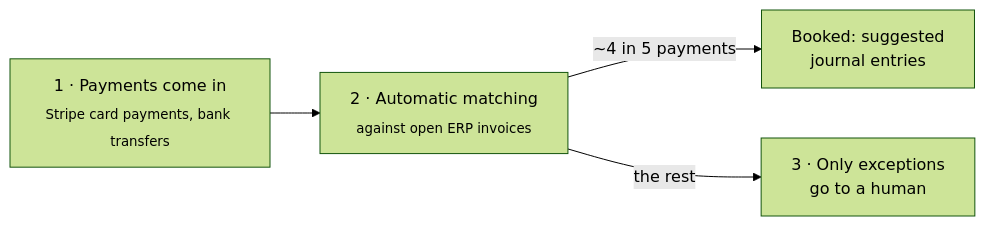
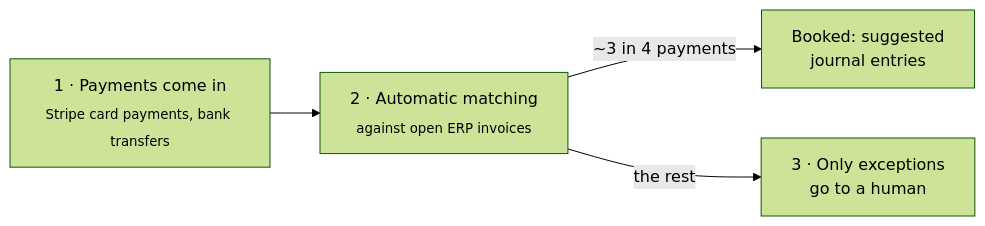
One commit to janpaulreckling/cash-reconciliation-engine changed the first of 2 diagrams in README.md. Above: the diagram before and after it, drawn with Mermaid (forest theme). The commit also changed other lines of this file and 3 other files, not shown here.

````diff
--- a/README.md
+++ b/README.md
@@ -15,6 +15,6 @@
 ```mermaid
 flowchart LR
     A["1 · Payments come in<br/><sub>Stripe card payments, bank transfers</sub>"] --> B["2 · Automatic matching<br/><sub>against open ERP invoices</sub>"]
-    B -->|"~4 in 5 payments"| C["Booked: suggested<br/>journal entries"]
+    B -->|"~3 in 4 payments"| C["Booked: suggested<br/>journal entries"]
     B -->|"the rest"| D["3 · Only exceptions<br/>go to a human"]
 ```
````
